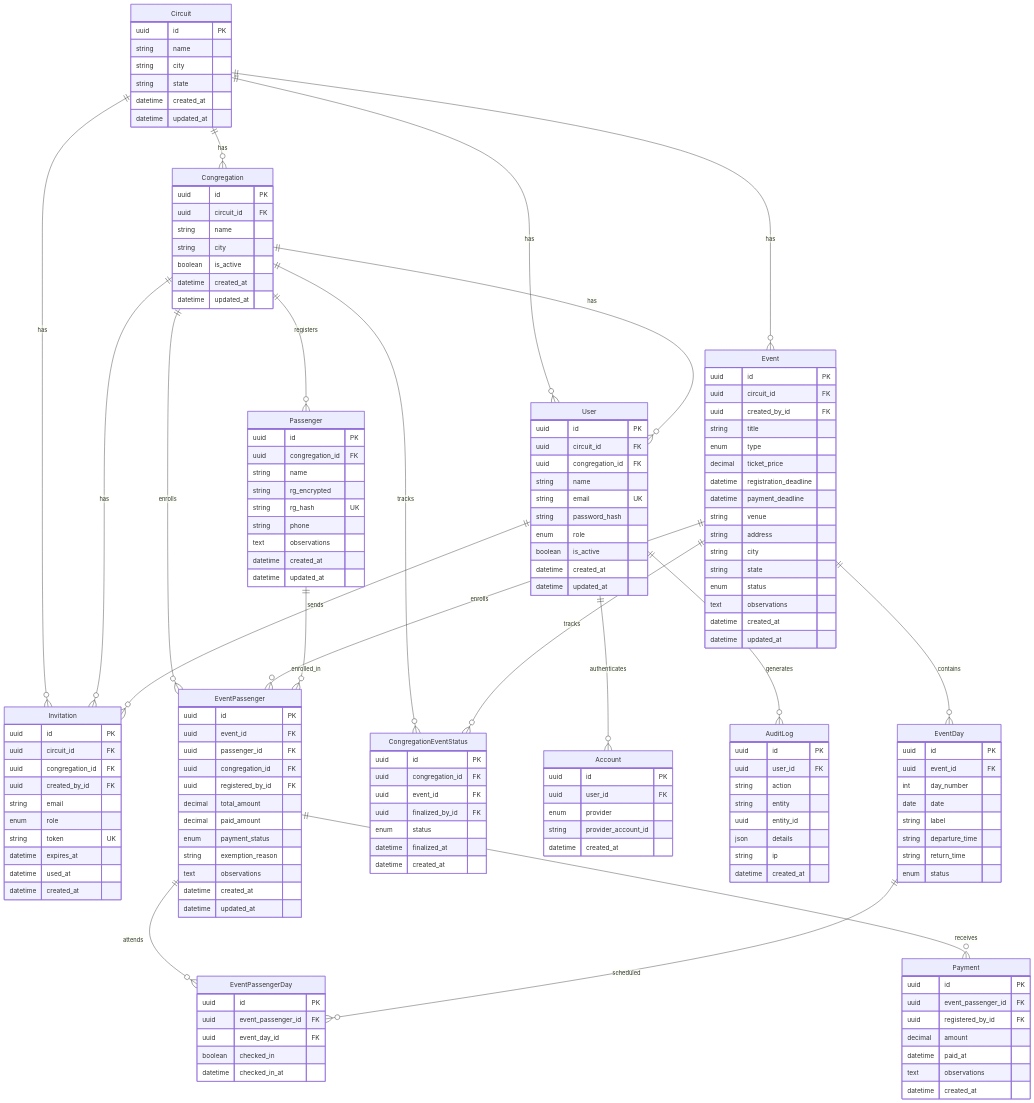
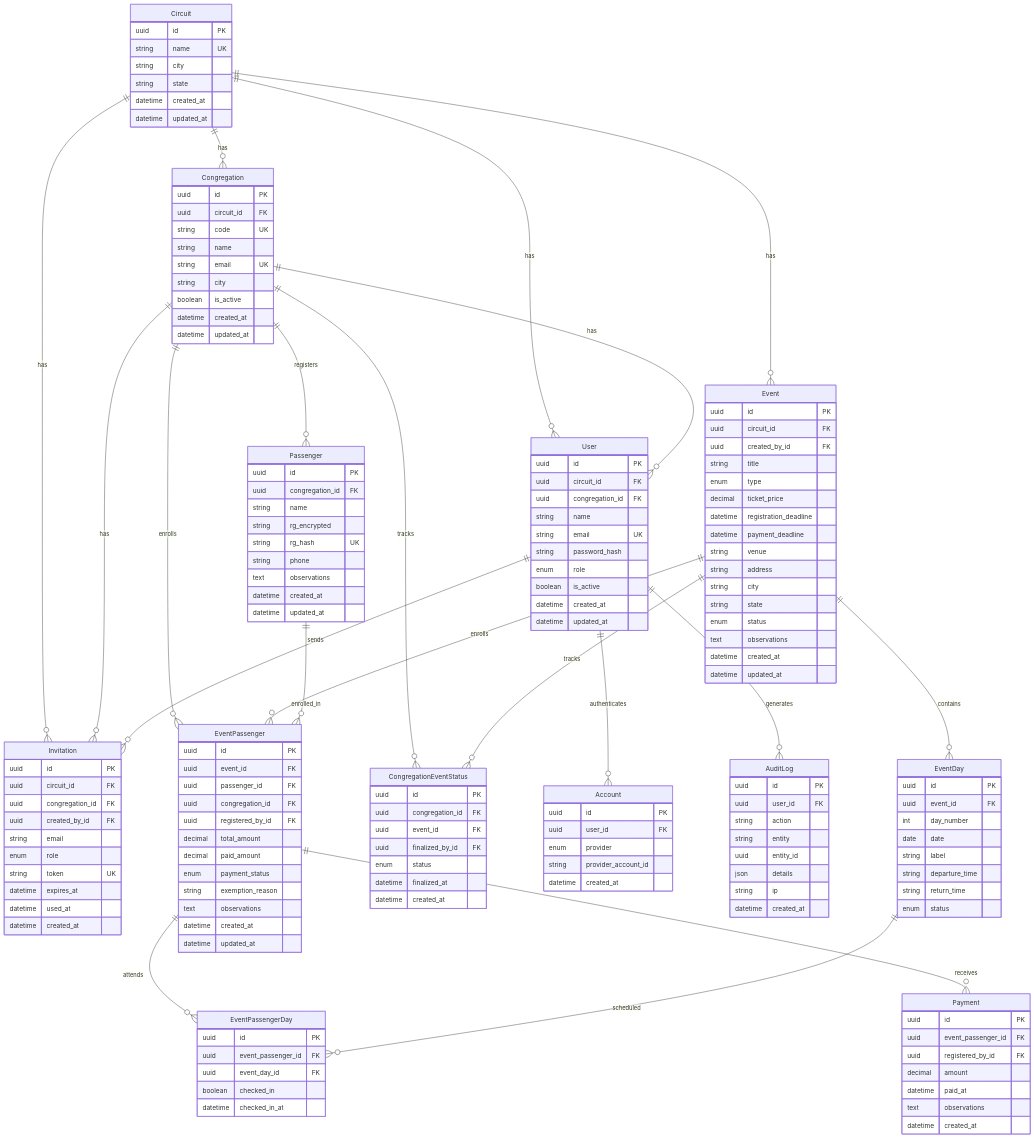
One commit to Fioravante1/suoac-back changed the diagram in docs/SUOAC_ERD.md. Above: the diagram before and after it, drawn with Mermaid. The commit also changed 5 other files, not shown here.

```diff
--- a/docs/SUOAC_ERD.md
+++ b/docs/SUOAC_ERD.md
@@ -28,7 +28,7 @@
 
   Circuit {
     uuid id PK
-    string name
+    string name UK
     string city
     string state
     datetime created_at
@@ -38,7 +38,9 @@
   Congregation {
     uuid id PK
     uuid circuit_id FK
+    string code UK
     string name
+    string email UK
     string city
     boolean is_active
     datetime created_at
```
